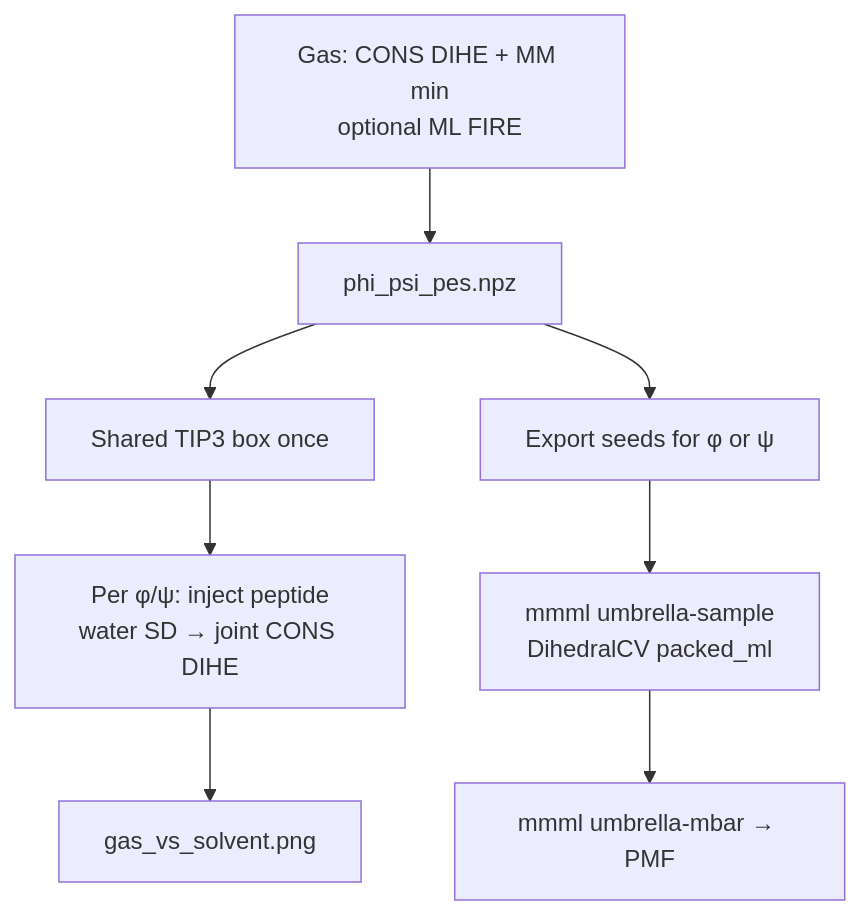
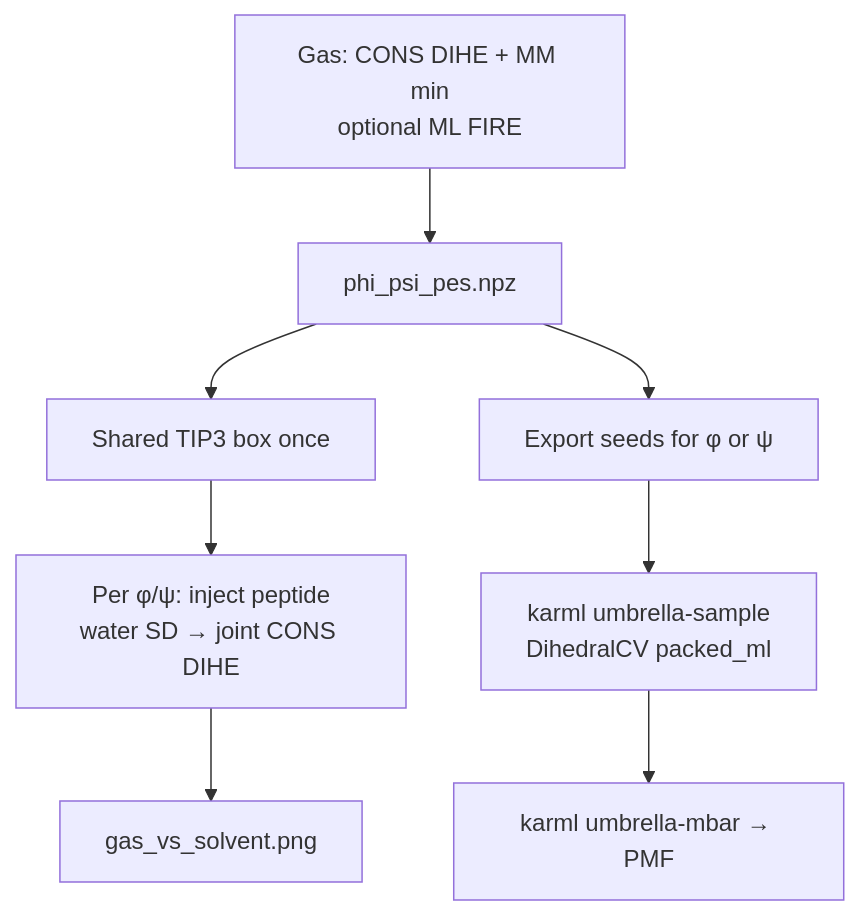
One commit to EricBoittier/mmml changed the diagram in docs/examples/tria-phi-psi-scan.md. Above: the diagram before and after it, drawn with Mermaid. The commit also changed other lines of this file and 2421 other files, not shown here.

First line of the commit message:
Refactor project references from MMML to KARML

````diff
--- a/docs/examples/tria-phi-psi-scan.md
+++ b/docs/examples/tria-phi-psi-scan.md
@@ -45,10 +45,10 @@
 ```mermaid
 flowchart TD
   A[Gas: CONS DIHE + MM min<br/>optional ML FIRE] --> B[phi_psi_pes.npz]
   B --> C[Shared TIP3 box once]
   C --> D[Per φ/ψ: inject peptide<br/>water SD → joint CONS DIHE]
   D --> E[gas_vs_solvent.png]
   B --> F[Export seeds for φ or ψ]
-  F --> G[mmml umbrella-sample<br/>DihedralCV packed_ml]
-  G --> H[mmml umbrella-mbar → PMF]
+  F --> G[karml umbrella-sample<br/>DihedralCV packed_ml]
+  G --> H[karml umbrella-mbar → PMF]
 ```
````
